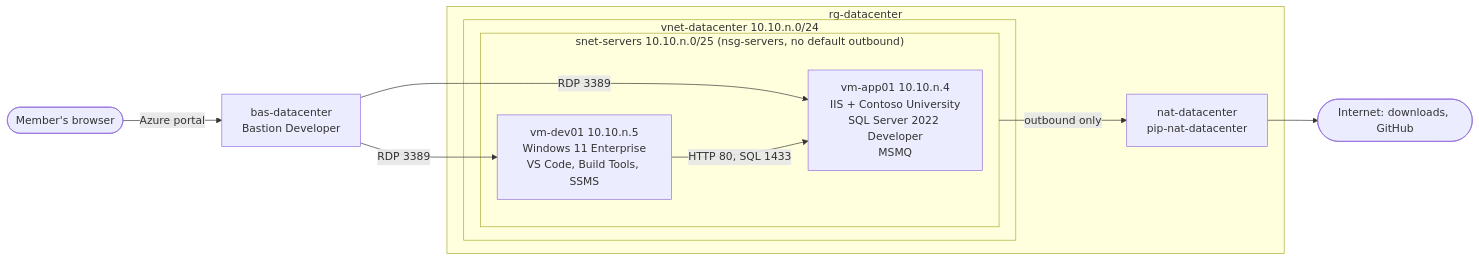
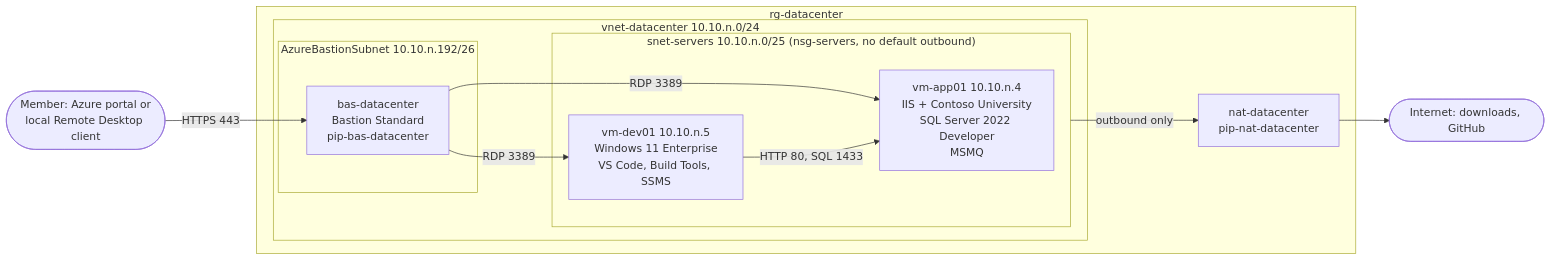
One commit to jonathan-vella/apex-factory-hackathon changed the diagram in infra/datacenter/README.md. Above: the diagram before and after it, drawn with Mermaid. The commit also changed other lines of this file and 6 other files, not shown here.

First line of the commit message:
B04 follow-up: switch the datacenter to Bastion Standard (#35)

````diff
--- a/infra/datacenter/README.md
+++ b/infra/datacenter/README.md
@@ -11,17 +11,20 @@
 ```mermaid
 flowchart LR
-  user(["Member's browser"]) -- "Azure portal" --> bas["bas-datacenter<br/>Bastion Developer"]
+  user(["Member: Azure portal or<br/>local Remote Desktop client"]) -- "HTTPS 443" --> bas
   subgraph rg["rg-datacenter"]
     subgraph vnet["vnet-datacenter 10.10.n.0/24"]
       subgraph snet["snet-servers 10.10.n.0/25 (nsg-servers, no default outbound)"]
         app["vm-app01 10.10.n.4<br/>IIS + Contoso University<br/>SQL Server 2022 Developer<br/>MSMQ"]
         dev["vm-dev01 10.10.n.5<br/>Windows 11 Enterprise<br/>VS Code, Build Tools, SSMS"]
+      end
+      subgraph basnet["AzureBastionSubnet 10.10.n.192/26"]
+        bas["bas-datacenter<br/>Bastion Standard<br/>pip-bas-datacenter"]
       end
     end
     nat["nat-datacenter<br/>pip-nat-datacenter"]
   end
   bas -- "RDP 3389" --> app
   bas -- "RDP 3389" --> dev
   dev -- "HTTP 80, SQL 1433" --> app
   snet -- "outbound only" --> nat --> internet(["Internet: downloads, GitHub"])
 ```
````
